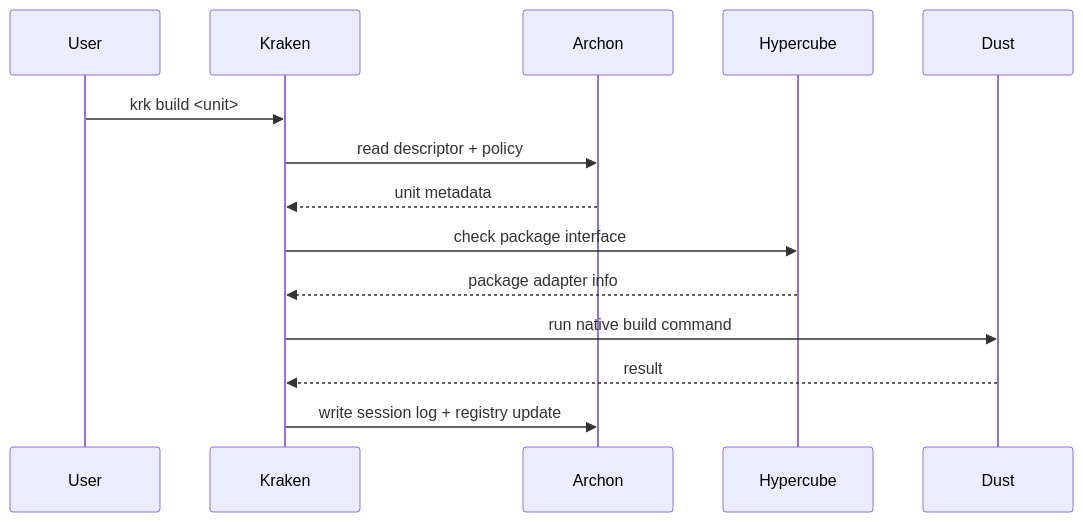
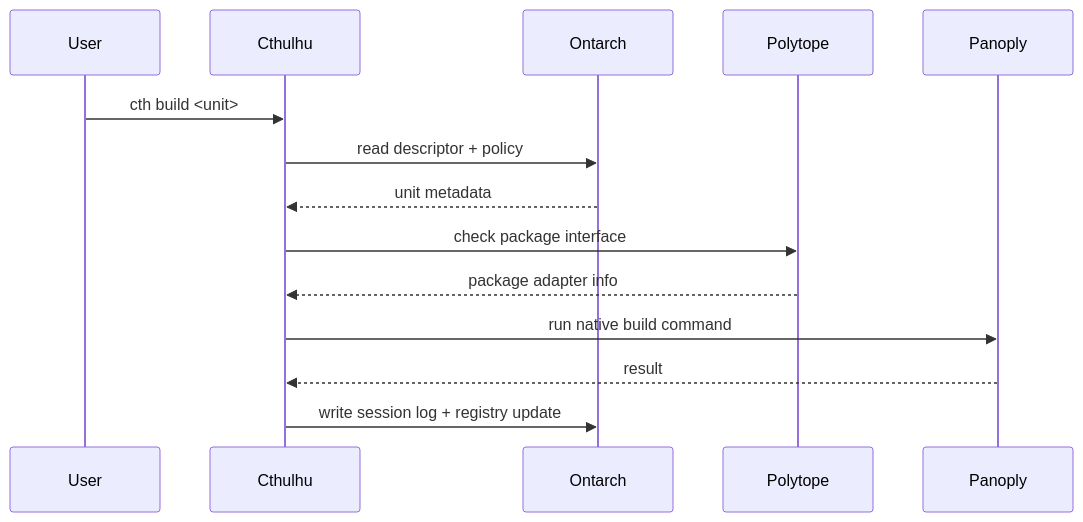
The second of 2 diagrams in docs/runtime-controller.md (luckgrid/wfos), drawn with Mermaid before and after one commit. The commit also changed other lines of this file and 264 other files, not shown here.

````diff
--- a/docs/runtime-controller.md
+++ b/docs/runtime-controller.md
@@ -67,16 +75,16 @@
 ```mermaid
 sequenceDiagram
   participant U as User
-  participant K as Kraken
-  participant C as Archon
-  participant H as Hypercube
-  participant D as Dust
-  U->>K: krk build <unit>
+  participant K as Cthulhu
+  participant C as Ontarch
+  participant H as Polytope
+  participant D as Panoply
+  U->>K: cth build <unit>
   K->>C: read descriptor + policy
   C-->>K: unit metadata
   K->>H: check package interface
   H-->>K: package adapter info
   K->>D: run native build command
   D-->>K: result
   K->>C: write session log + registry update
 ```
````
